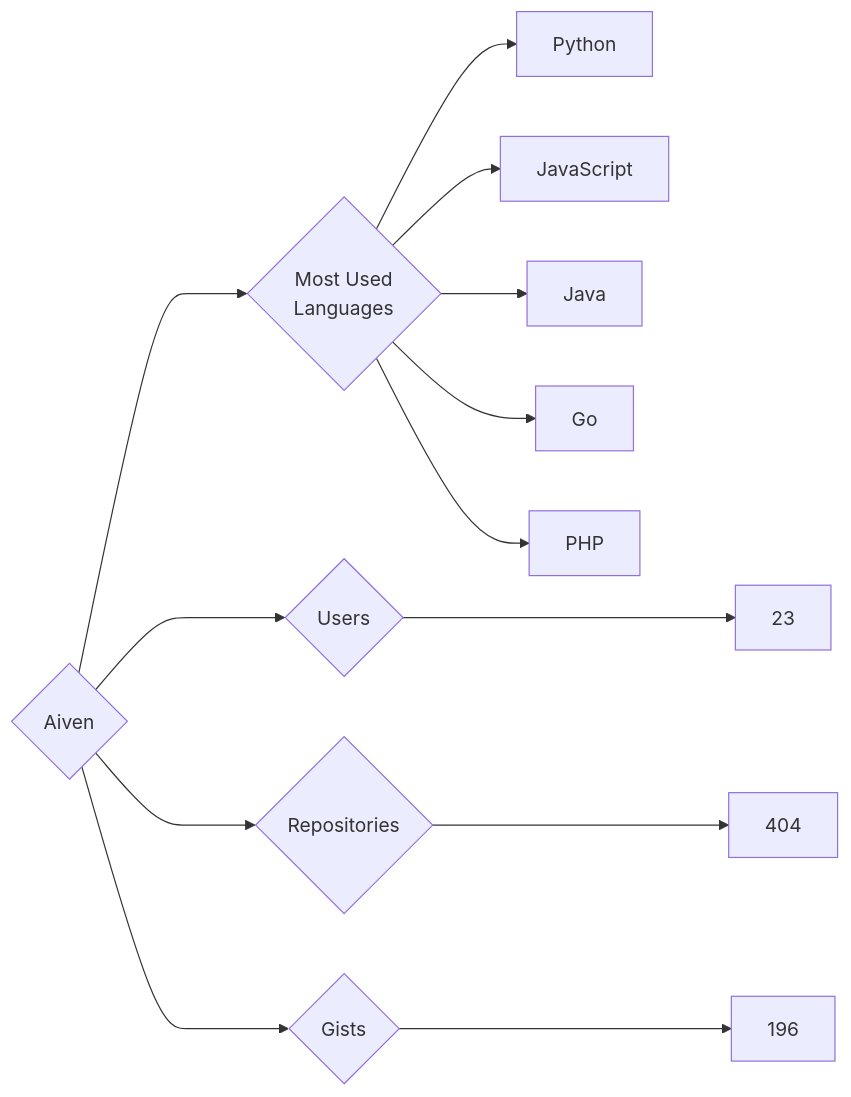
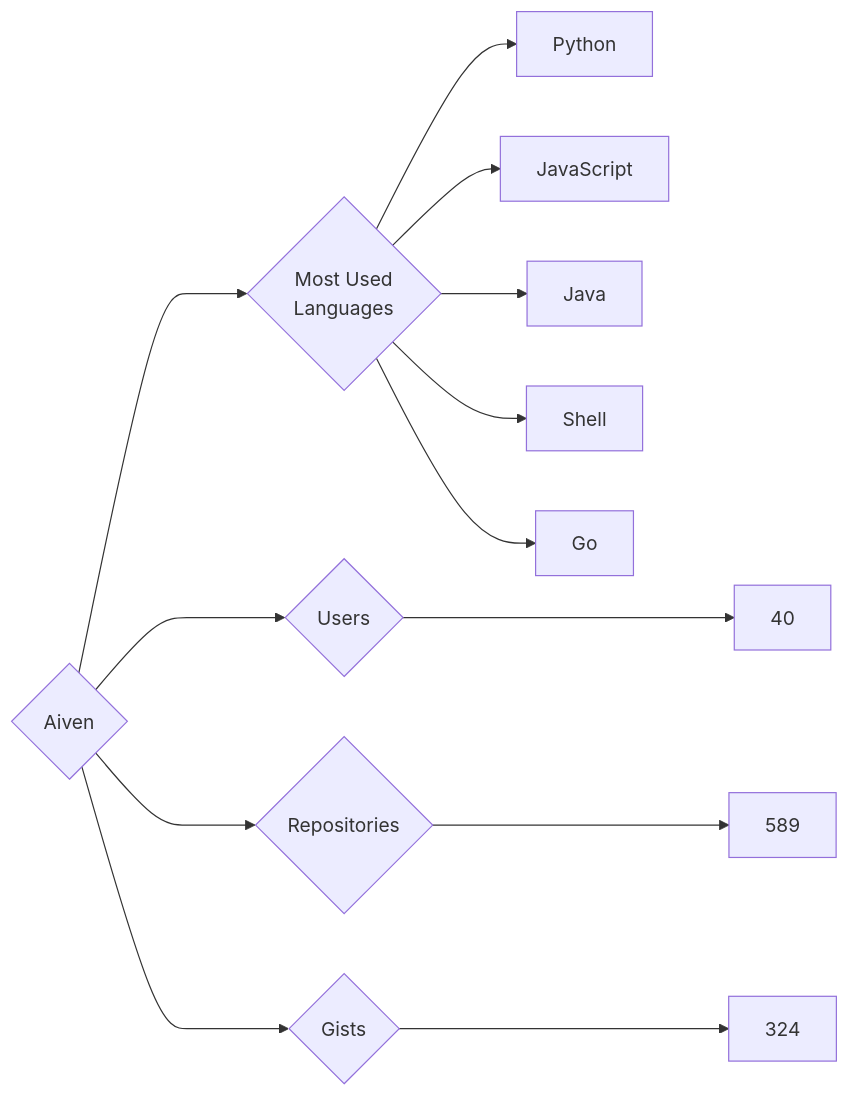
One commit to trickest/insiders changed the diagram in targets/Aiven/README.md. Above: the diagram before and after it, drawn with Mermaid. The commit also changed 748 other files, not shown here.

````diff
--- a/targets/Aiven/README.md
+++ b/targets/Aiven/README.md
@@ -3,13 +3,13 @@
 ```mermaid
 graph LR
 COMPANY_NAME{Aiven}
-COMPANY_NAME ---> U{Users} ---> UN[23]
-COMPANY_NAME ---> R{Repositories} ---> RN[404]
-COMPANY_NAME ---> G{Gists} ---> GN[196]
+COMPANY_NAME ---> U{Users} ---> UN[40]
+COMPANY_NAME ---> R{Repositories} ---> RN[589]
+COMPANY_NAME ---> G{Gists} ---> GN[324]
 COMPANY_NAME ---> ML{Most Used<br>Languages}
 ML --> Python[Python]
 ML --> JavaScript[JavaScript]
 ML --> Java[Java]
+ML --> Shell[Shell]
 ML --> Go[Go]
-ML --> PHP[PHP]
 ```
````
